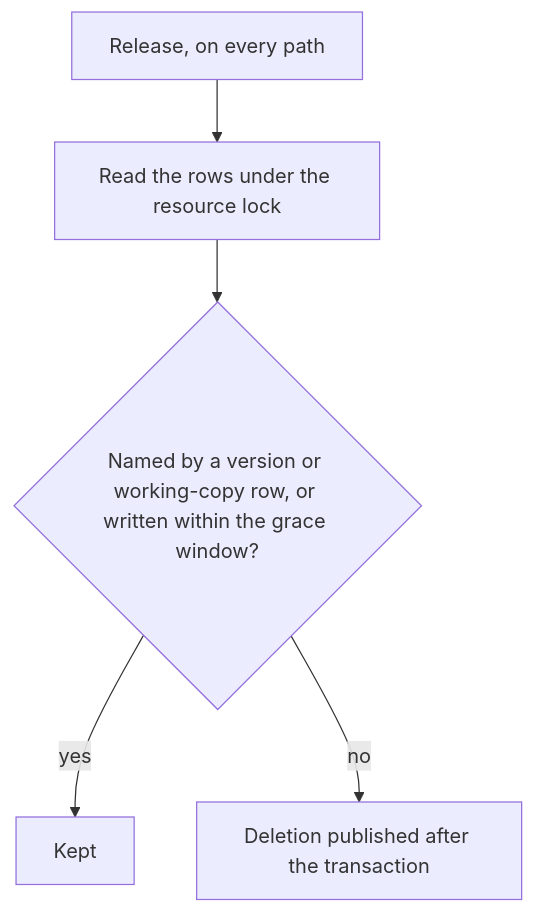
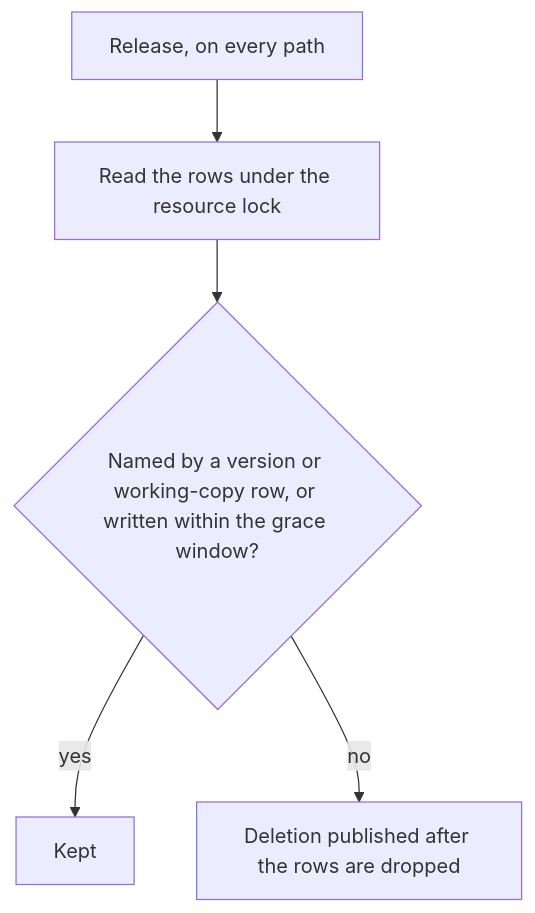
Before and after one commit to Esposter/Esposter: the second of 3 diagrams in openspec/specs/resource/content-addressed-assets/design.md, drawn with Mermaid. The commit also changed other lines of this file and 34 other files, not shown here.

````diff
--- a/openspec/specs/resource/content-addressed-assets/design.md
+++ b/openspec/specs/resource/content-addressed-assets/design.md
@@ -32,7 +32,7 @@
 ```mermaid
 flowchart TD
   released["Release, on every path"] --> lock["Read the rows under the resource lock"]
   lock --> held{"Named by a version or working-copy row, or written within the grace window?"}
   held -->|yes| keep["Kept"]
-  held -->|no| delete["Deletion published after the transaction"]
+  held -->|no| delete["Deletion published after the rows are dropped"]
 ```
````
